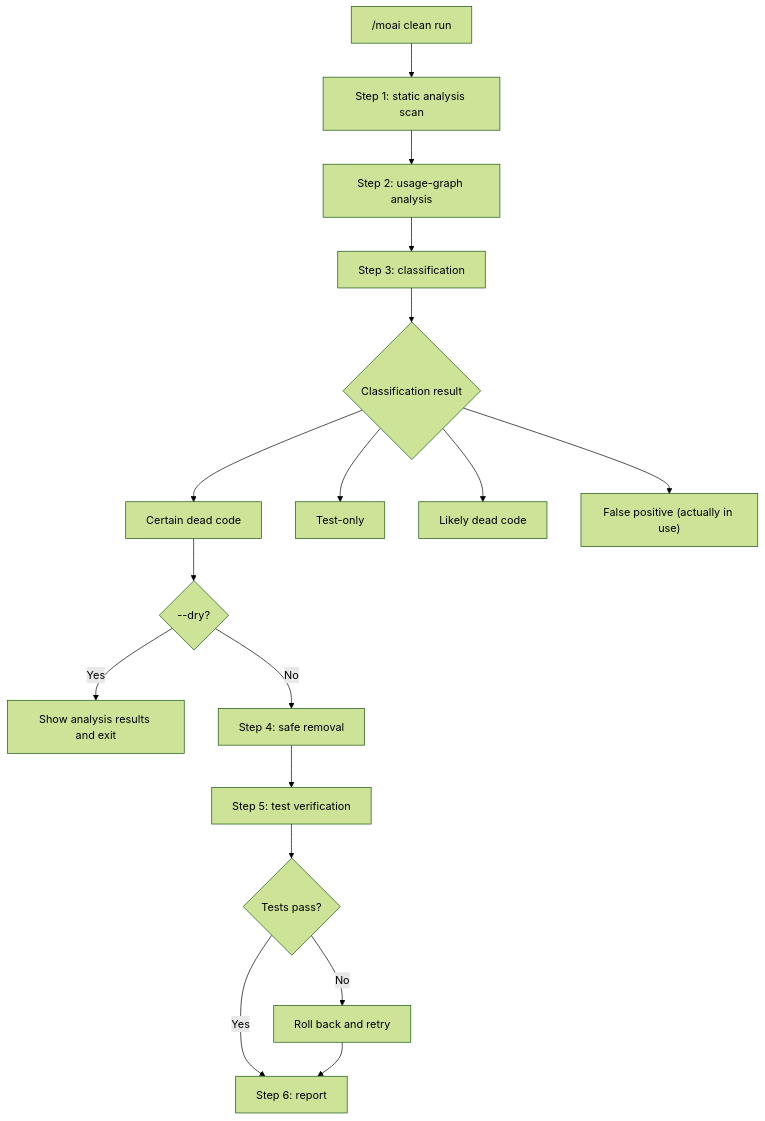
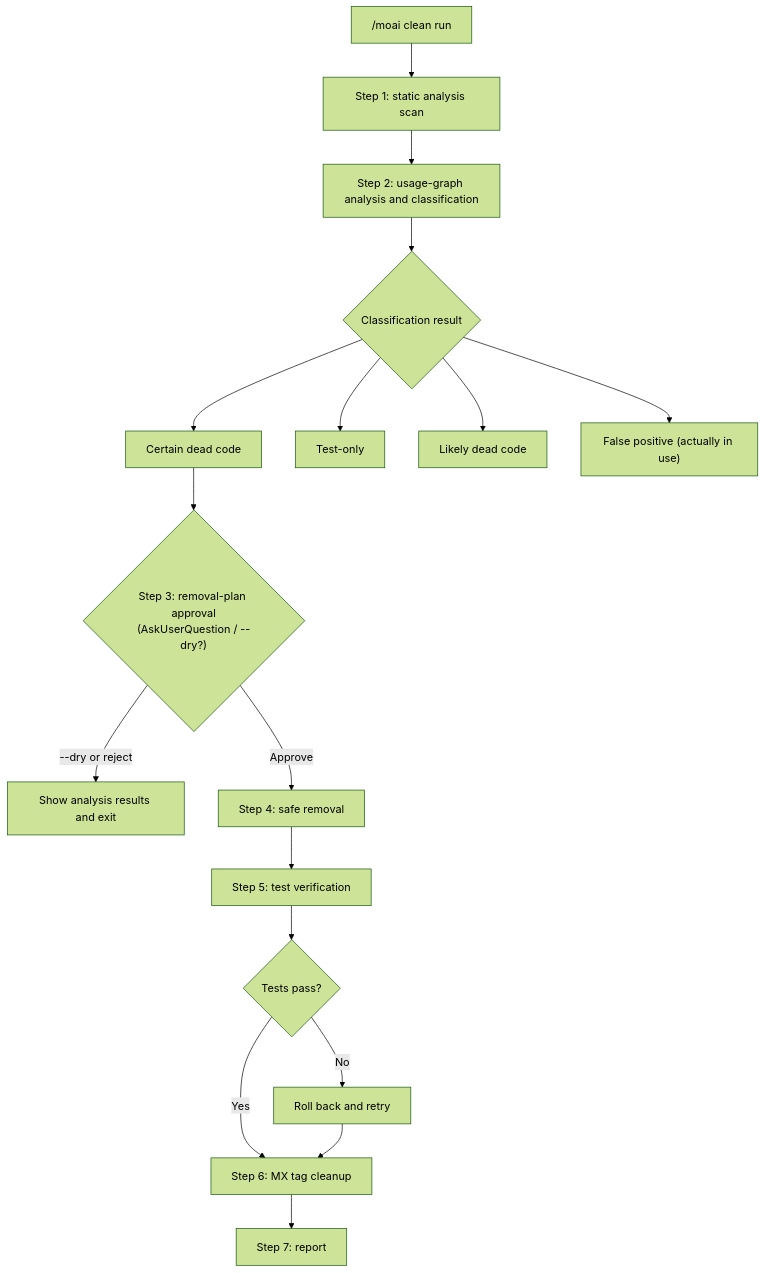
The first of 2 diagrams in docs-site/content/en/utility-commands/moai-clean.md (modu-ai/moai-adk), drawn with Mermaid (forest theme) before and after one commit. The commit also changed other lines of this file and 42 other files, not shown here.

````diff
--- a/docs-site/content/en/utility-commands/moai-clean.md
+++ b/docs-site/content/en/utility-commands/moai-clean.md
@@ -76,23 +76,22 @@
 ```mermaid
 flowchart TD
     Start["/moai clean run"] --> Phase1["Step 1: static analysis scan"]
 
-    Phase1 --> Phase2["Step 2: usage-graph analysis"]
-
-    Phase2 --> Phase3["Step 3: classification"]
-    Phase3 --> Classify{"Classification result"}
+    Phase1 --> Phase2["Step 2: usage-graph analysis and classification"]
+    Phase2 --> Classify{"Classification result"}
     Classify --> Dead["Certain dead code"]
     Classify --> TestOnly["Test-only"]
     Classify --> Likely["Likely dead code"]
     Classify --> False["False positive (actually in use)"]
 
-    Dead --> Approval{"--dry?"}
-    Approval -->|Yes| Report["Show analysis results and exit"]
-    Approval -->|No| Phase4["Step 4: safe removal"]
+    Dead --> Phase3{"Step 3: removal-plan approval<br/>(AskUserQuestion / --dry?)"}
+    Phase3 -->|--dry or reject| Report["Show analysis results and exit"]
+    Phase3 -->|Approve| Phase4["Step 4: safe removal"]
 
     Phase4 --> Phase5["Step 5: test verification"]
     Phase5 --> Pass{"Tests pass?"}
-    Pass -->|Yes| Phase6["Step 6: report"]
     Pass -->|No| Rollback["Roll back and retry"]
+    Pass -->|Yes| Phase6["Step 6: MX tag cleanup"]
     Rollback --> Phase6
+    Phase6 --> Phase7["Step 7: report"]
 ```
````
